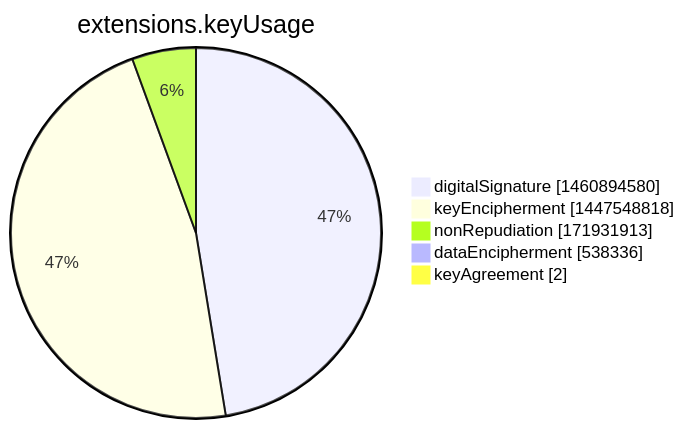
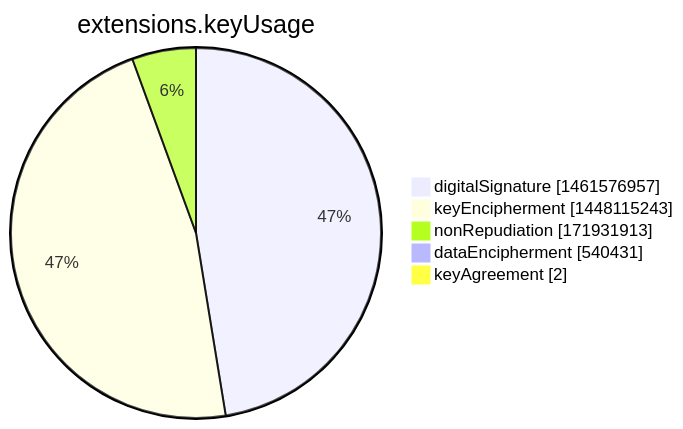
Before and after one commit to christiankrug/ctmonitor_visualization: the seventh of 15 diagrams in argon2022/README.md, drawn with Mermaid. The commit also changed other lines of this file, not shown here.

````diff
--- a/argon2022/README.md
+++ b/argon2022/README.md
@@ -2751,9 +2751,9 @@
 ```mermaid
 pie showData
 title extensions.keyUsage
-"digitalSignature" :1460894580
-"keyEncipherment" :1447548818
+"digitalSignature" :1461576957
+"keyEncipherment" :1448115243
 "nonRepudiation" :171931913
-"dataEncipherment" :538336
+"dataEncipherment" :540431
 "keyAgreement" :2
 ```
````
